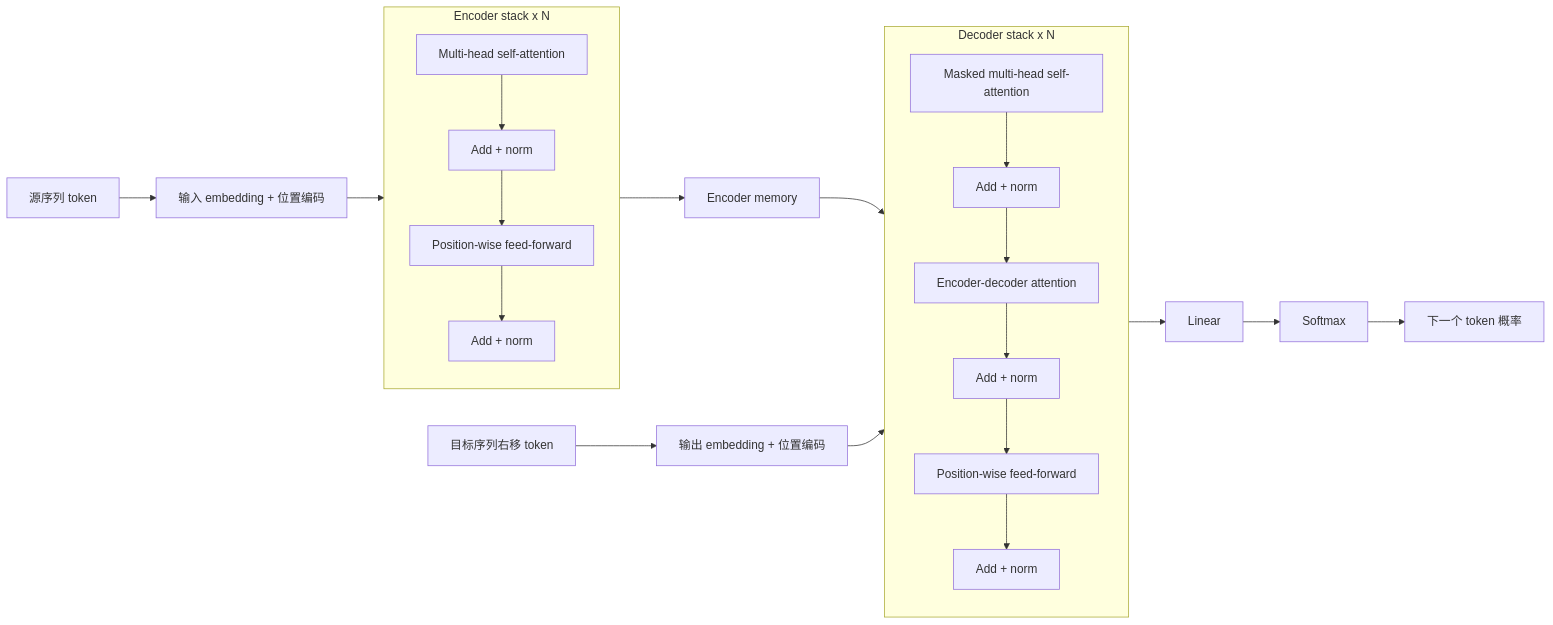
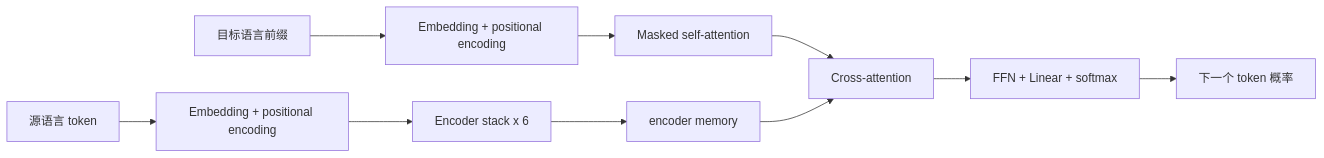
One commit to Faione/notebook changed the second of 2 diagrams in papers/attention_is_all_you_need/attention_is_all_you_need.md. Above: the diagram before and after it, drawn with Mermaid. The commit also changed other lines of this file and 6 other files, not shown here.

````diff
--- a/papers/attention_is_all_you_need/attention_is_all_you_need.md
+++ b/papers/attention_is_all_you_need/attention_is_all_you_need.md
@@ -87,35 +48,13 @@
 ```mermaid
 flowchart LR
-    SRC["源序列 token"] --> SRC_EMB["输入 embedding + 位置编码"]
-    SRC_EMB --> ENC_STACK
+    S["源语言 token"] --> SE["Embedding + positional encoding"]
+    SE --> EN["Encoder stack x 6"]
+    EN --> M["encoder memory"]
 
-    subgraph ENC_STACK["Encoder stack x N"]
-        direction TB
-        ENC_ATTN["Multi-head self-attention"]
-        ENC_ADD1["Add + norm"]
-        ENC_FFN["Position-wise feed-forward"]
-        ENC_ADD2["Add + norm"]
-        ENC_ATTN --> ENC_ADD1 --> ENC_FFN --> ENC_ADD2
-    end
-
-    ENC_STACK --> MEMORY["Encoder memory"]
-
-    TGT["目标序列右移 token"] --> TGT_EMB["输出 embedding + 位置编码"]
-    TGT_EMB --> DEC_STACK
-
-    subgraph DEC_STACK["Decoder stack x N"]
-        direction TB
-        DEC_SELF["Masked multi-head self-attention"]
-        DEC_ADD1["Add + norm"]
-        DEC_CROSS["Encoder-decoder attention"]
-        DEC_ADD2["Add + norm"]
-        DEC_FFN["Position-wise feed-forward"]
-        DEC_ADD3["Add + norm"]
-        DEC_SELF --> DEC_ADD1 --> DEC_CROSS --> DEC_ADD2 --> DEC_FFN --> DEC_ADD3
-    end
-
-    MEMORY --> DEC_CROSS
-    DEC_STACK --> LINEAR["Linear"]
-    LINEAR --> SOFTMAX["Softmax"]
-    SOFTMAX --> OUT["下一个 token 概率"]
+    T["目标语言前缀"] --> TE["Embedding + positional encoding"]
+    TE --> MS["Masked self-attention"]
+    MS --> CA["Cross-attention"]
+    M --> CA
+    CA --> DF["FFN + Linear + softmax"]
+    DF --> N["下一个 token 概率"]
 ```
````
